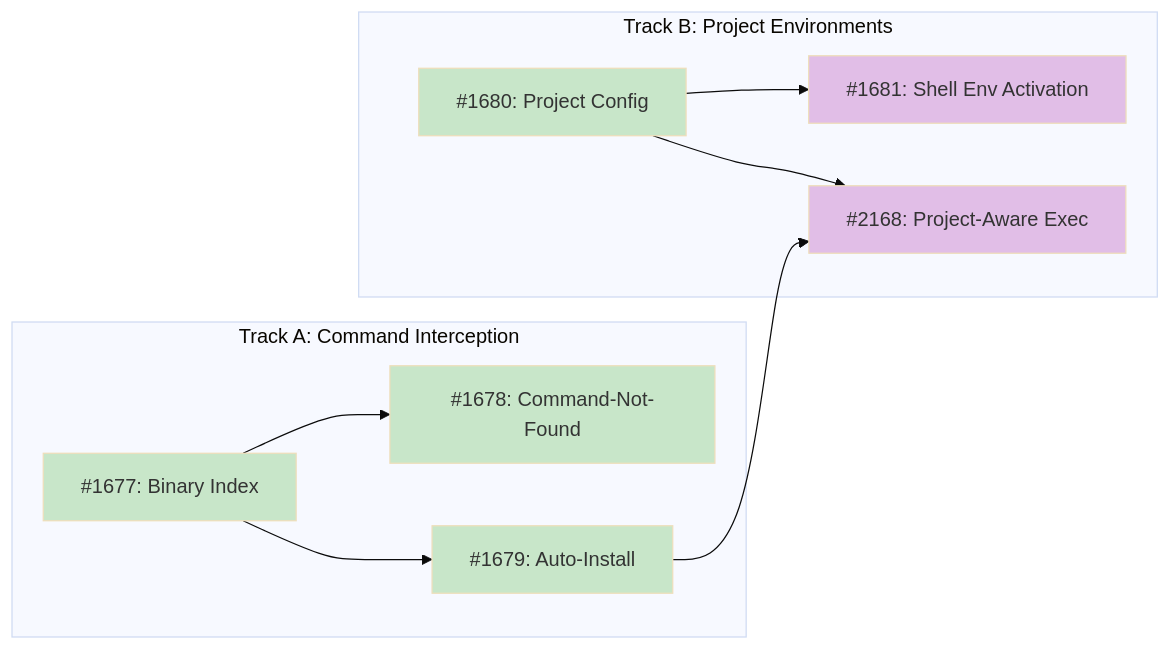
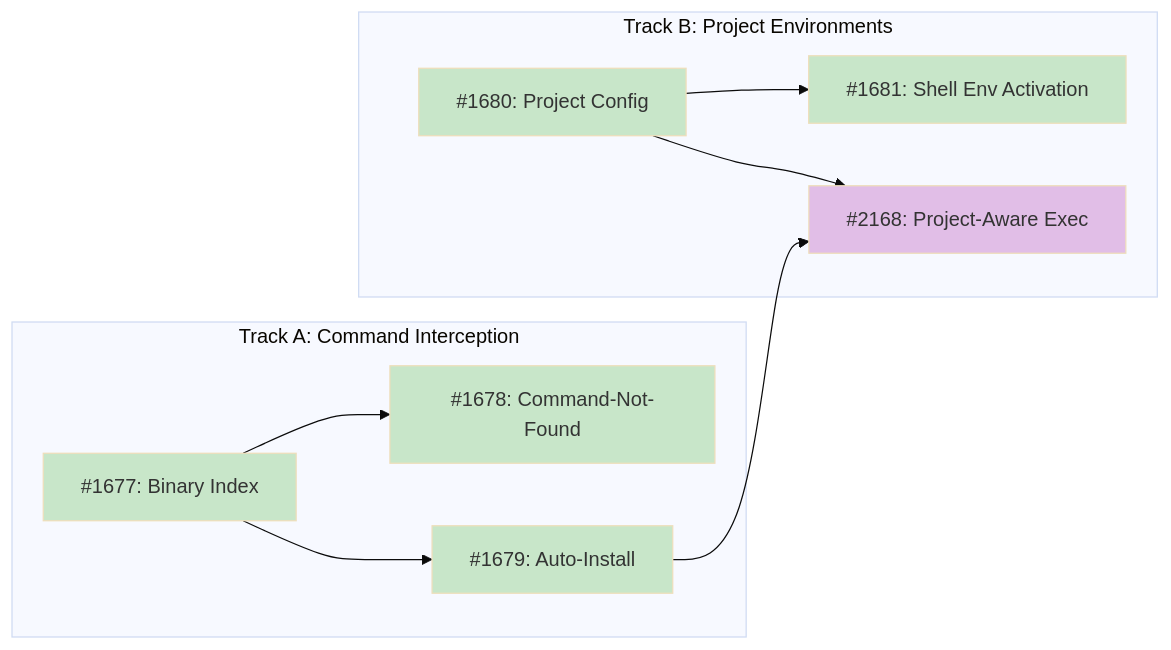
One commit to tsukumogami/tsuku changed the diagram in docs/designs/DESIGN-shell-integration-building-blocks.md. Above: the diagram before and after it, drawn with Mermaid (base theme). The commit also changed other lines of this file and 15 other files, not shown here.

````diff
--- a/docs/designs/DESIGN-shell-integration-building-blocks.md
+++ b/docs/designs/DESIGN-shell-integration-building-blocks.md
@@ -38,32 +38,32 @@
 ```mermaid
 graph LR
     subgraph TrackA["Track A: Command Interception"]
         I1677["#1677: Binary Index"]
         I1678["#1678: Command-Not-Found"]
         I1679["#1679: Auto-Install"]
     end
 
     subgraph TrackB["Track B: Project Environments"]
         I1680["#1680: Project Config"]
         I1681["#1681: Shell Env Activation"]
         I2168["#2168: Project-Aware Exec"]
     end
 
     I1677 --> I1678
     I1677 --> I1679
     I1680 --> I1681
     I1679 --> I2168
     I1680 --> I2168
 
     classDef done fill:#c8e6c9
     classDef ready fill:#bbdefb
     classDef blocked fill:#fff9c4
     classDef needsDesign fill:#e1bee7
 
     class I1677 done
     class I1680 done
     class I1678 done
     class I1679 done
-    class I1681 needsDesign
+    class I1681 done
     class I2168 needsDesign
 ```
````
